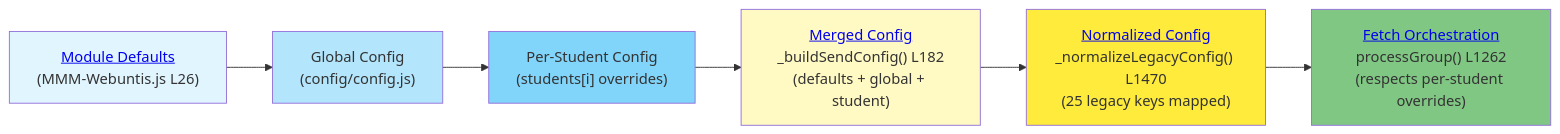
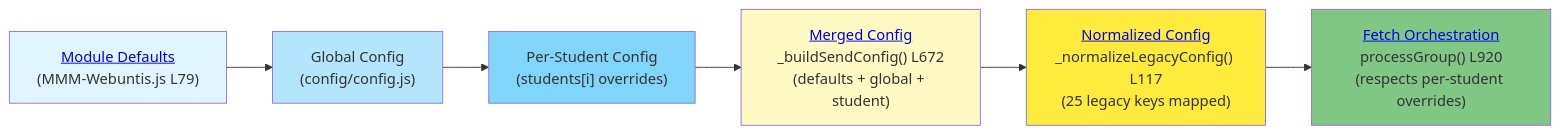
One commit to HeikoGr/MMM-Webuntis changed the eighth of 13 diagrams in docs/ARCHITECTURE.md. Above: the diagram before and after it, drawn with Mermaid. The commit also changed other lines of this file and 32 other files, not shown here.

````diff
--- a/docs/ARCHITECTURE.md
+++ b/docs/ARCHITECTURE.md
@@ -680,16 +720,16 @@
 ```mermaid
 graph LR
-    Defaults["<a href='../MMM-Webuntis.js#L26-L120'>Module Defaults</a><br/>(MMM-Webuntis.js L26)"]:::defaults
+    Defaults["<a href='../MMM-Webuntis.js#L79'>Module Defaults</a><br/>(MMM-Webuntis.js L79)"]:::defaults
     --> GlobalConf["Global Config<br/>(config/config.js)"]:::global
     --> StudentConf["Per-Student Config<br/>(students[i] overrides)"]:::student
-    --> Merged["<a href='../MMM-Webuntis.js#L182'>Merged Config</a><br/>_buildSendConfig() L182<br/>(defaults + global + student)"]:::merged
-    --> Normalized["<a href='../node_helper.js#L1470'>Normalized Config</a><br/>_normalizeLegacyConfig() L1470<br/>(25 legacy keys mapped)"]:::normalized
-    --> FetchLogic["<a href='../node_helper.js#L1262'>Fetch Orchestration</a><br/>processGroup() L1262<br/>(respects per-student overrides)"]:::fetch
+    --> Merged["<a href='../MMM-Webuntis.js#L672'>Merged Config</a><br/>_buildSendConfig() L672<br/>(defaults + global + student)"]:::merged
+    --> Normalized["<a href='../node_helper.js#L117'>Normalized Config</a><br/>_normalizeLegacyConfig() L117<br/>(25 legacy keys mapped)"]:::normalized
+    --> FetchLogic["<a href='../node_helper.js#L920'>Fetch Orchestration</a><br/>processGroup() L920<br/>(respects per-student overrides)"]:::fetch
 
     classDef defaults fill:#e1f5fe
     classDef global fill:#b3e5fc
     classDef student fill:#81d4fa
     classDef merged fill:#fff9c4
     classDef normalized fill:#ffeb3b
     classDef fetch fill:#81c784
 ```
````
